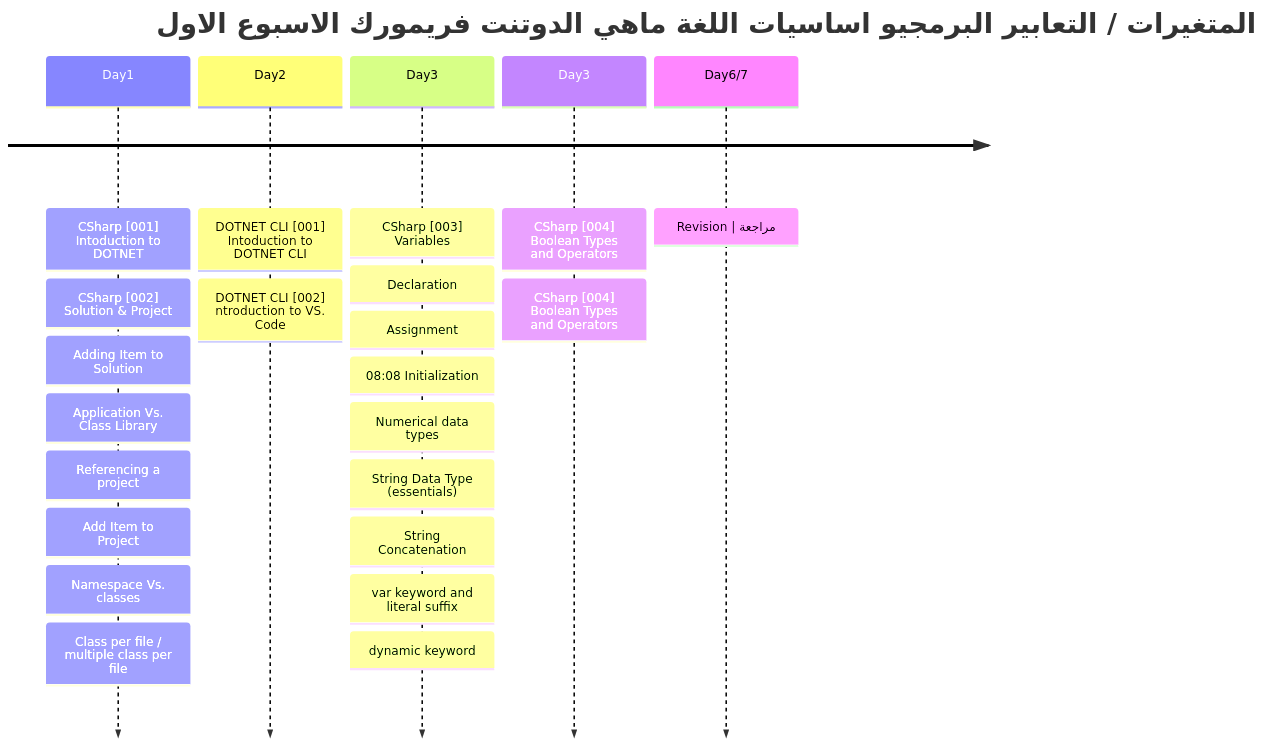
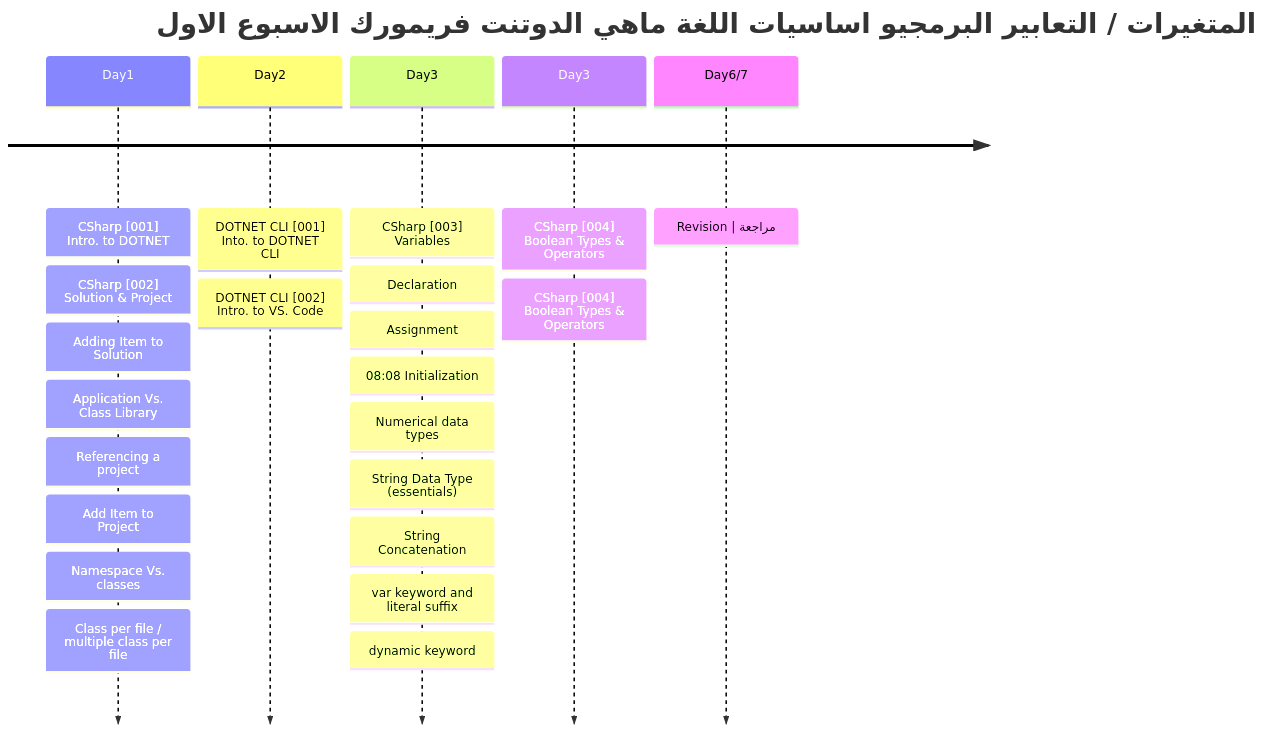
One commit to metigator/Roadmap changed the first of 3 diagrams in README.md. Above: the diagram before and after it, drawn with Mermaid.

````diff
--- a/README.md
+++ b/README.md
@@ -1,26 +1,26 @@
 ```mermaid
 timeline
     title  المتغيرات / التعابير البرمجيو اساسيات اللغة ماهي الدوتنت فريمورك  الاسبوع الاول
-    Day1 : CSharp [001] Intoduction to DOTNET
+    Day1 : CSharp [001] Intro. to DOTNET
          : CSharp [002] Solution & Project
          : Adding Item to Solution
          : Application Vs. Class Library
          : Referencing a project
          : Add Item to Project
          : Namespace Vs. classes
          : Class per file / multiple class per file
-    Day2 : DOTNET CLI [001] Intoduction to DOTNET CLI
-         : DOTNET CLI [002] ntroduction to VS. Code
+    Day2 : DOTNET CLI [001] Into. to DOTNET CLI
+         : DOTNET CLI [002] Intro. to VS. Code
     Day3 : CSharp [003] Variables 
          : Declaration
          : Assignment
          : 08:08 Initialization
          : Numerical data types
          : String Data Type (essentials)
          : String Concatenation
          : var keyword and literal suffix
          : dynamic keyword
-    Day3 : CSharp [004] Boolean Types and Operators
-         : CSharp [004] Boolean Types and Operators
+    Day3 : CSharp [004] Boolean Types & Operators
+         : CSharp [004] Boolean Types & Operators
   Day6/7 : Revision | مراجعة 
 ```
````
